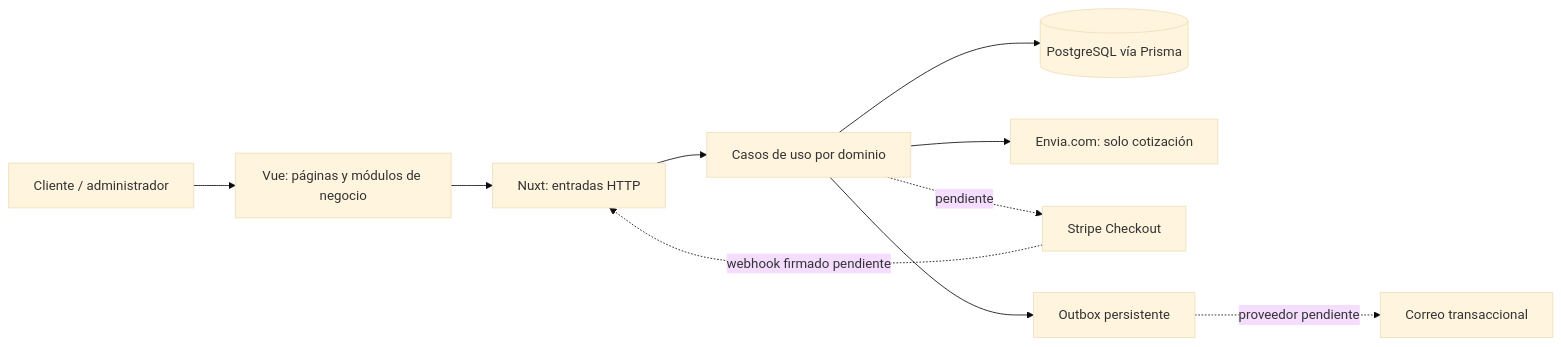
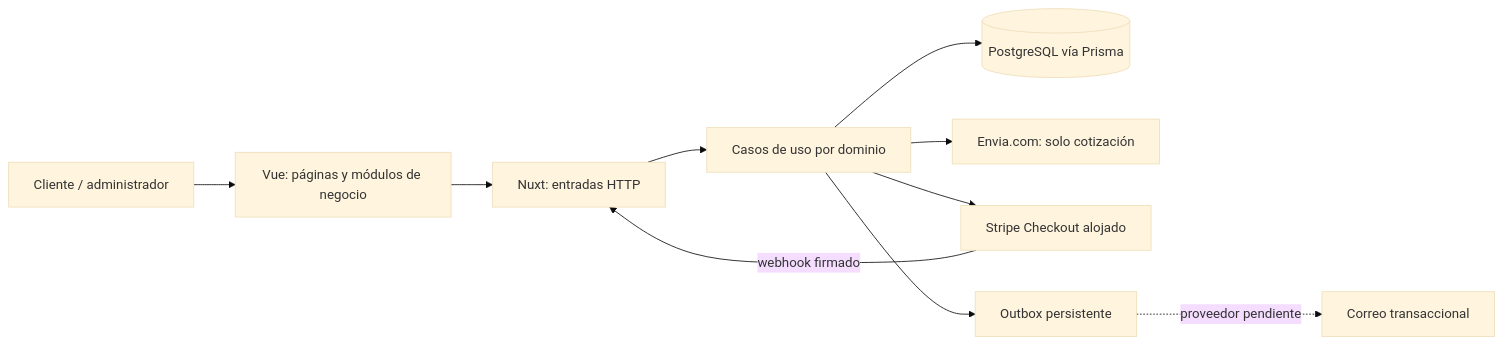
Before and after one commit to YaelQCI/ComercioElectronico: the first of 2 diagrams in docs/architecture.md, drawn with Mermaid (base theme). The commit also changed other lines of this file and 26 other files, not shown here.

Commit message:
feat: integrar Stripe Checkout webhooks y reconciliación #30

````diff
--- a/docs/architecture.md
+++ b/docs/architecture.md
@@ -25,12 +25,12 @@
 ```mermaid
 flowchart LR
   Persona[Cliente / administrador] --> UI[Vue: páginas y módulos de negocio]
   UI --> API[Nuxt: entradas HTTP]
   API --> Casos[Casos de uso por dominio]
   Casos --> DB[(PostgreSQL vía Prisma)]
   Casos --> Envia[Envia.com: solo cotización]
-  Casos -. pendiente .-> Stripe[Stripe Checkout]
-  Stripe -. webhook firmado pendiente .-> API
+  Casos --> Stripe[Stripe Checkout alojado]
+  Stripe -- webhook firmado --> API
   Casos --> Cola[Outbox persistente]
   Cola -. proveedor pendiente .-> Correo[Correo transaccional]
 ```
````
